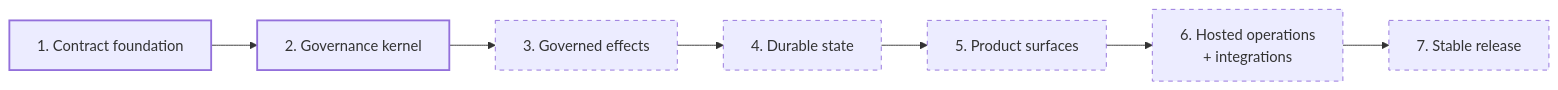
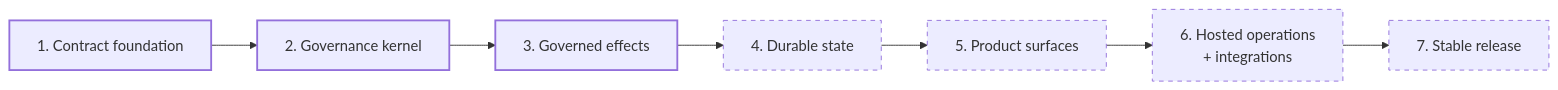
The third of 3 diagrams in README.md (lamenting-hawthorn/governed-agent-harness), drawn with Mermaid before and after one commit. The commit also changed other lines of this file and 6 other files, not shown here.

Commit message:
feat: add bounded governed effects slice

````diff
--- a/README.md
+++ b/README.md
@@ -223,15 +227,15 @@
 ```mermaid
 flowchart LR
   Foundation["1. Contract foundation"]:::done
   Kernel["2. Governance kernel"]:::done
-  Effects["3. Governed effects"]:::planned
+  Effects["3. Governed effects"]:::done
   State["4. Durable state"]:::planned
   Product["5. Product surfaces"]:::planned
   Operations["6. Hosted operations\n+ integrations"]:::planned
   Stable["7. Stable release"]:::planned
 
   Foundation --> Kernel --> Effects --> State --> Product --> Operations --> Stable
 
   classDef done stroke-width:2px
   classDef planned stroke-dasharray:5 5
 ```
````
